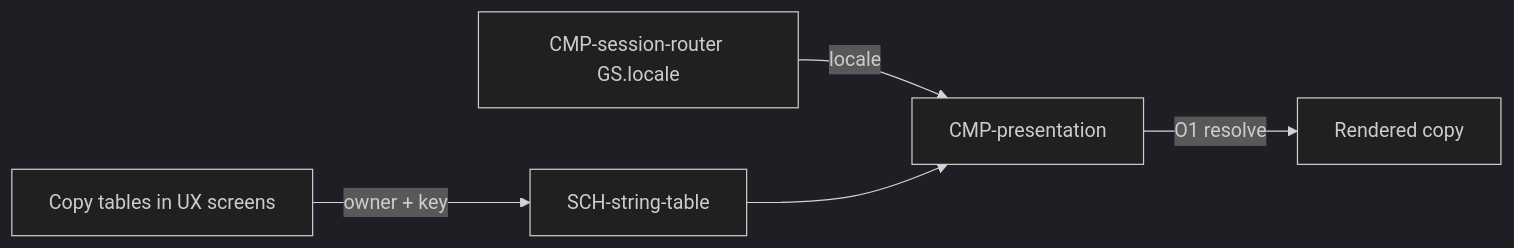
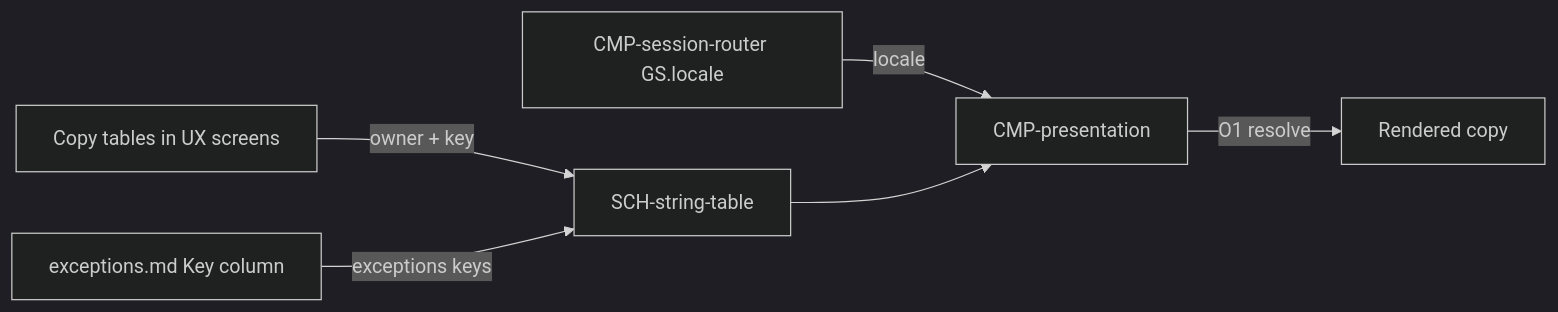
One commit to waigore/simplechessv2 changed the diagram in specs/technical/contracts/localization.md. Above: the diagram before and after it, drawn with Mermaid (dark theme). The commit also changed other lines of this file and 8 other files, not shown here.

````diff
--- a/specs/technical/contracts/localization.md
+++ b/specs/technical/contracts/localization.md
@@ -44,7 +44,8 @@
 ```mermaid
 flowchart LR
   U[Copy tables in UX screens] -->|owner + key| T[SCH-string-table]
+  X[exceptions.md Key column] -->|exceptions keys| T
   R[CMP-session-router GS.locale] -->|locale| P[CMP-presentation]
   T --> P
   P -->|O1 resolve| V[Rendered copy]
 ```
````
